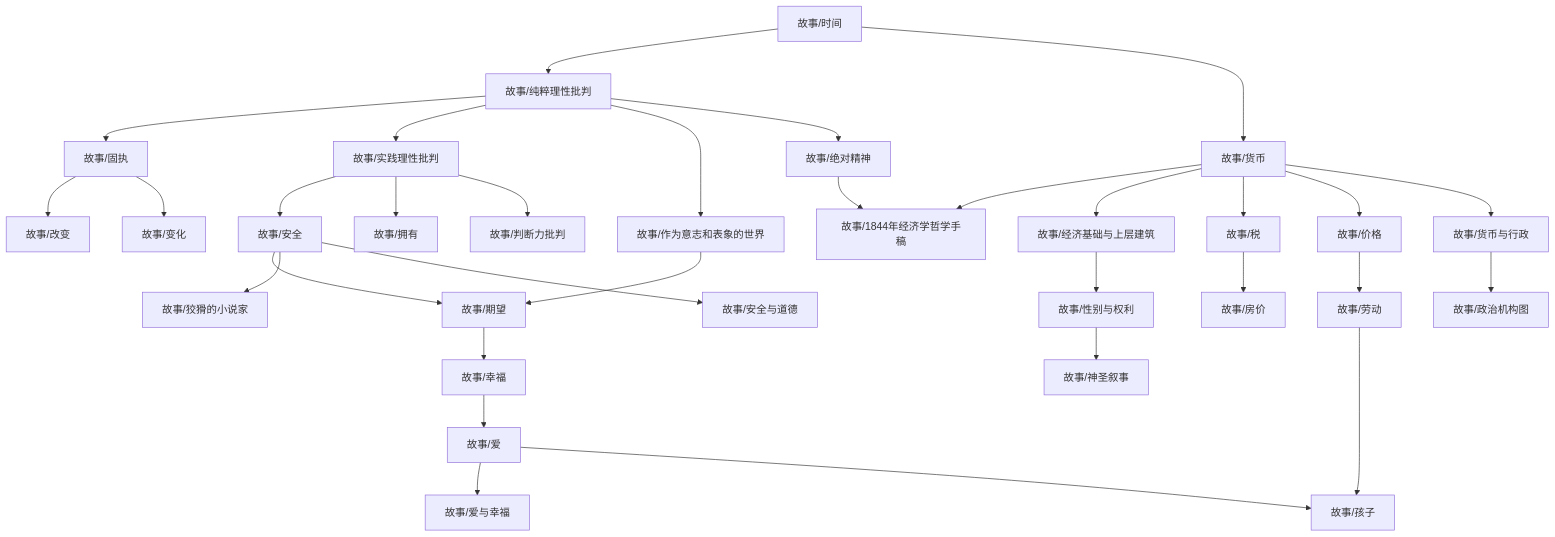
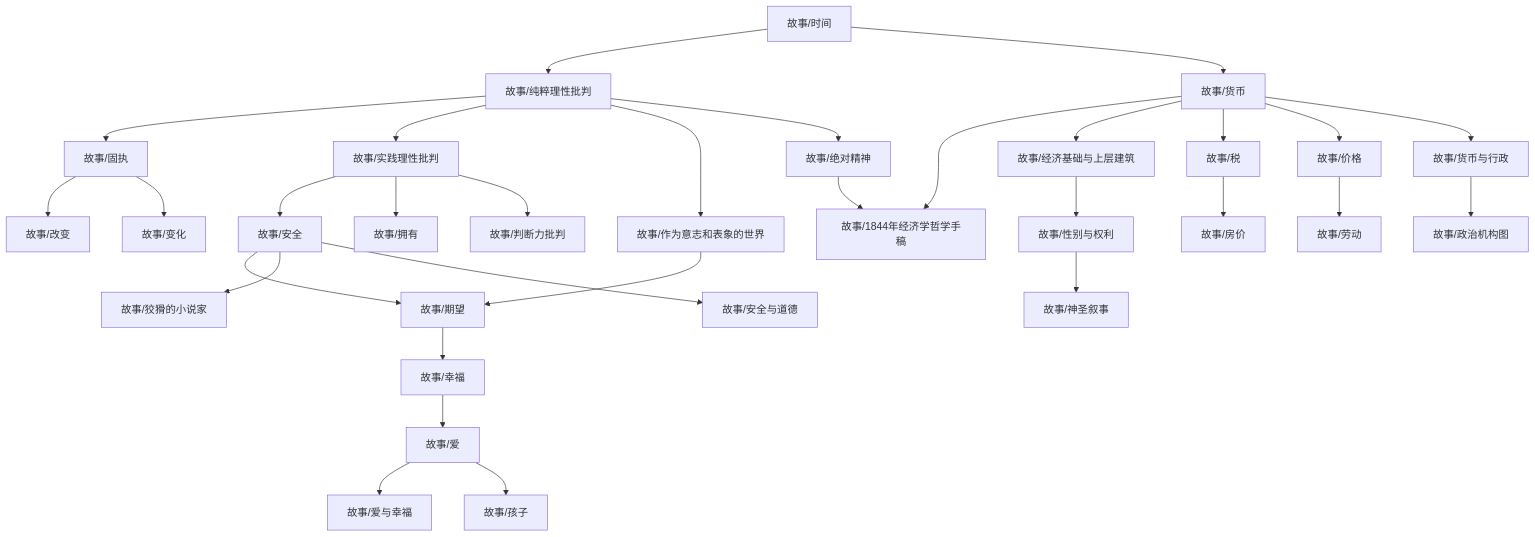
Before and after one commit to zengls3186428803/zengls3186428803.github.io: the diagram in content/故事/dependency_graph.md, drawn with Mermaid. The commit also changed 2 other files, not shown here.

Commit message:
refactor: remove redundant link in 1844 manuscript for improved clarity
- Eliminated the link to "故事/劳动" from the "前置" section to streamline content and enhance focus on relevant themes.
- Improved overall structure and coherence of the manuscript for better readability.

````diff
--- a/content/故事/dependency_graph.md
+++ b/content/故事/dependency_graph.md
@@ -1,34 +1,33 @@
 ```mermaid
 graph TD
 1["故事/纯粹理性批判"] --> 0["故事/固执"]
 3["故事/经济基础与上层建筑"] --> 2["故事/性别与权利"]
 0["故事/固执"] --> 4["故事/改变"]
 6["故事/货币"] --> 5["故事/1844年经济学哲学手稿"]
 7["故事/绝对精神"] --> 5["故事/1844年经济学哲学手稿"]
 9["故事/作为意志和表象的世界"] --> 8["故事/期望"]
 10["故事/安全"] --> 8["故事/期望"]
 10["故事/安全"] --> 11["故事/狡猾的小说家"]
 1["故事/纯粹理性批判"] --> 12["故事/实践理性批判"]
 13["故事/时间"] --> 1["故事/纯粹理性批判"]
 12["故事/实践理性批判"] --> 10["故事/安全"]
 6["故事/货币"] --> 3["故事/经济基础与上层建筑"]
 12["故事/实践理性批判"] --> 14["故事/拥有"]
 6["故事/货币"] --> 15["故事/税"]
 15["故事/税"] --> 16["故事/房价"]
 18["故事/货币与行政"] --> 17["故事/政治机构图"]
 0["故事/固执"] --> 19["故事/变化"]
 21["故事/幸福"] --> 20["故事/爱"]
 6["故事/货币"] --> 22["故事/价格"]
 1["故事/纯粹理性批判"] --> 9["故事/作为意志和表象的世界"]
 1["故事/纯粹理性批判"] --> 7["故事/绝对精神"]
 6["故事/货币"] --> 18["故事/货币与行政"]
 10["故事/安全"] --> 24["故事/安全与道德"]
 2["故事/性别与权利"] --> 25["故事/神圣叙事"]
 20["故事/爱"] --> 26["故事/爱与幸福"]
 13["故事/时间"] --> 6["故事/货币"]
 20["故事/爱"] --> 27["故事/孩子"]
-28["故事/劳动"] --> 27["故事/孩子"]
 22["故事/价格"] --> 28["故事/劳动"]
 12["故事/实践理性批判"] --> 29["故事/判断力批判"]
 8["故事/期望"] --> 21["故事/幸福"]
 ```
````
